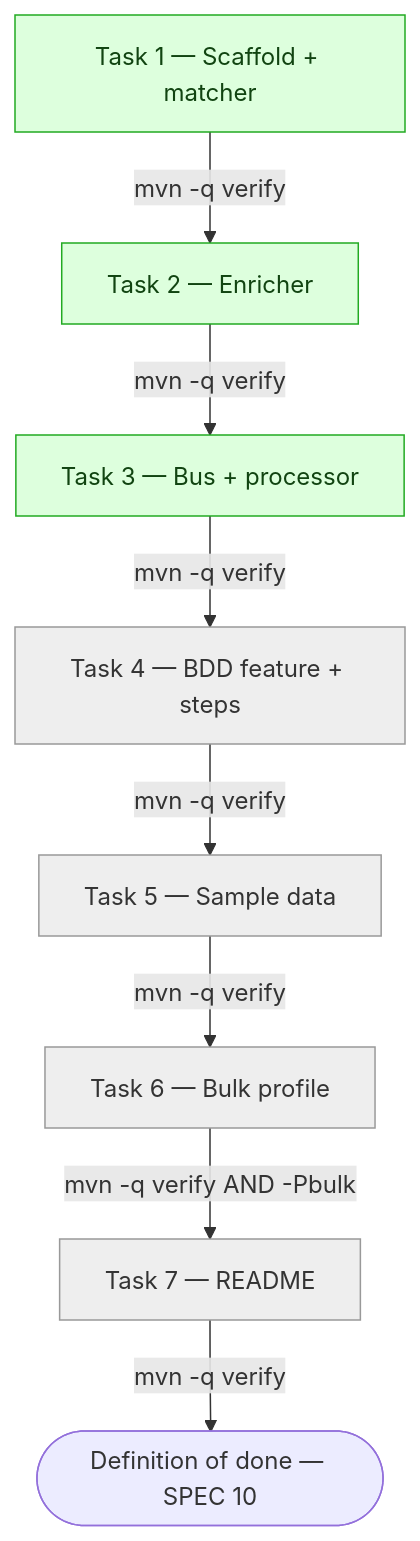
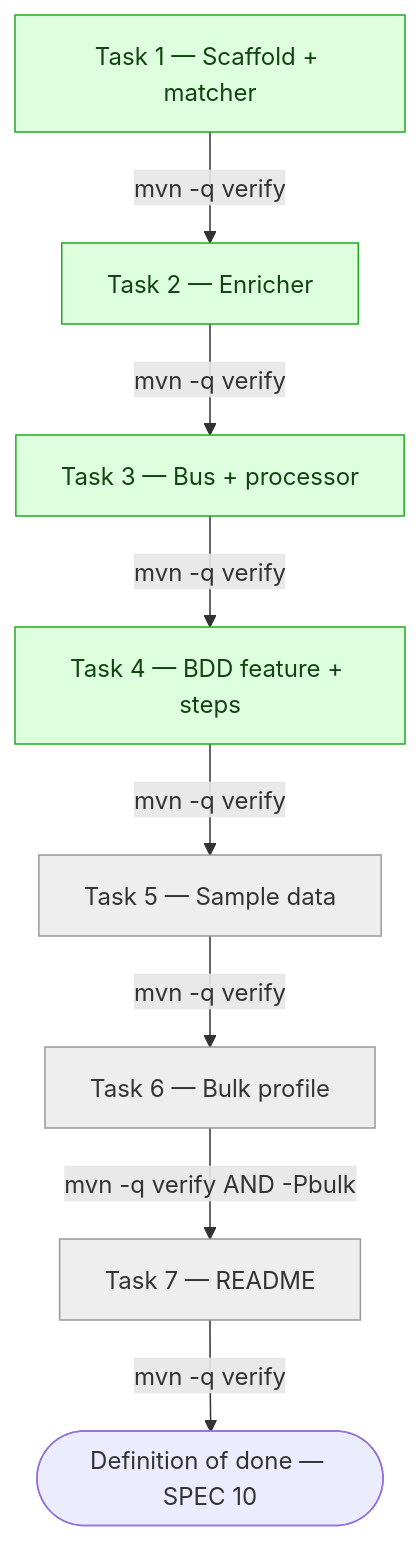
One commit to Cozentus-Technologies/DSV-test-assignement changed the ninth of 10 diagrams in docs/ARCHITECTURE.md. Above: the diagram before and after it, drawn with Mermaid. The commit also changed other lines of this file and 7 other files, not shown here.

````diff
--- a/docs/ARCHITECTURE.md
+++ b/docs/ARCHITECTURE.md
@@ -362,23 +362,23 @@
 ```mermaid
 flowchart TD
     T1["Task 1 — Scaffold + matcher"]
     T2["Task 2 — Enricher"]
     T3["Task 3 — Bus + processor"]
     T4["Task 4 — BDD feature + steps"]
     T5["Task 5 — Sample data"]
     T6["Task 6 — Bulk profile"]
     T7["Task 7 — README"]
 
     T1 -->|"mvn -q verify"| T2
     T2 -->|"mvn -q verify"| T3
     T3 -->|"mvn -q verify"| T4
     T4 -->|"mvn -q verify"| T5
     T5 -->|"mvn -q verify"| T6
     T6 -->|"mvn -q verify AND -Pbulk"| T7
     T7 -->|"mvn -q verify"| DONE(["Definition of done — SPEC 10"])
 
     classDef done fill:#dfd,stroke:#2a2,color:#141;
     classDef pending fill:#eee,stroke:#999,color:#333;
-    class T1,T2,T3 done
-    class T4,T5,T6,T7 pending
+    class T1,T2,T3,T4 done
+    class T5,T6,T7 pending
 ```
````
